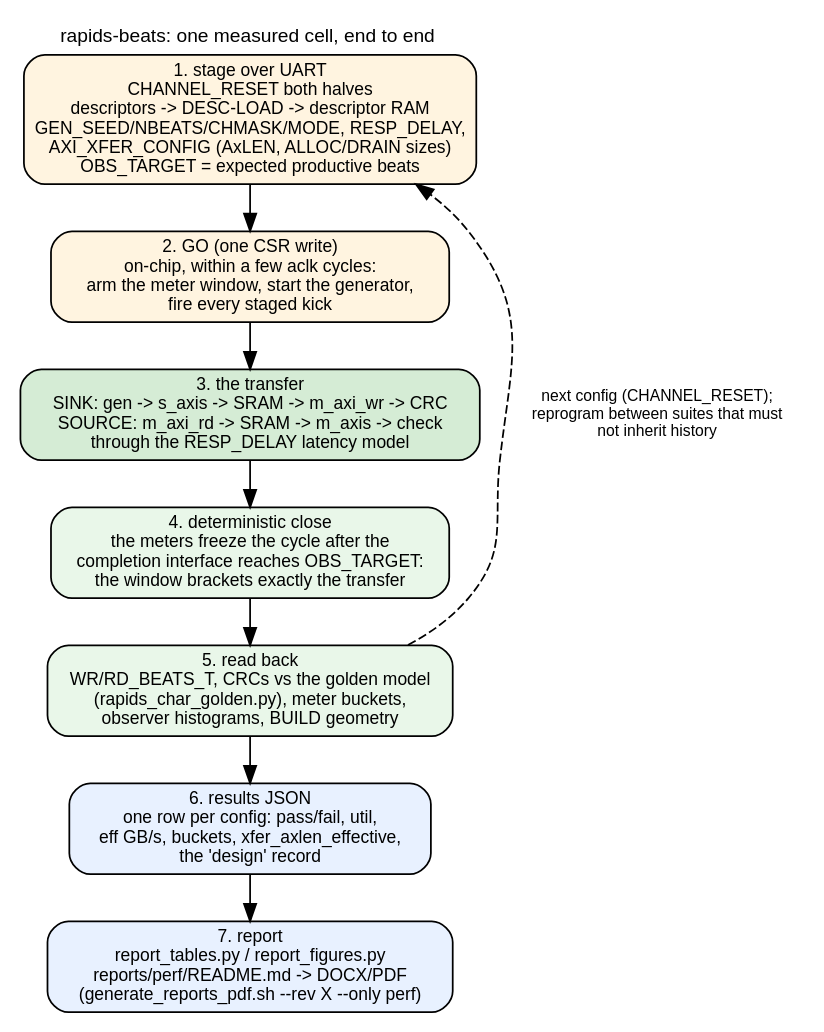
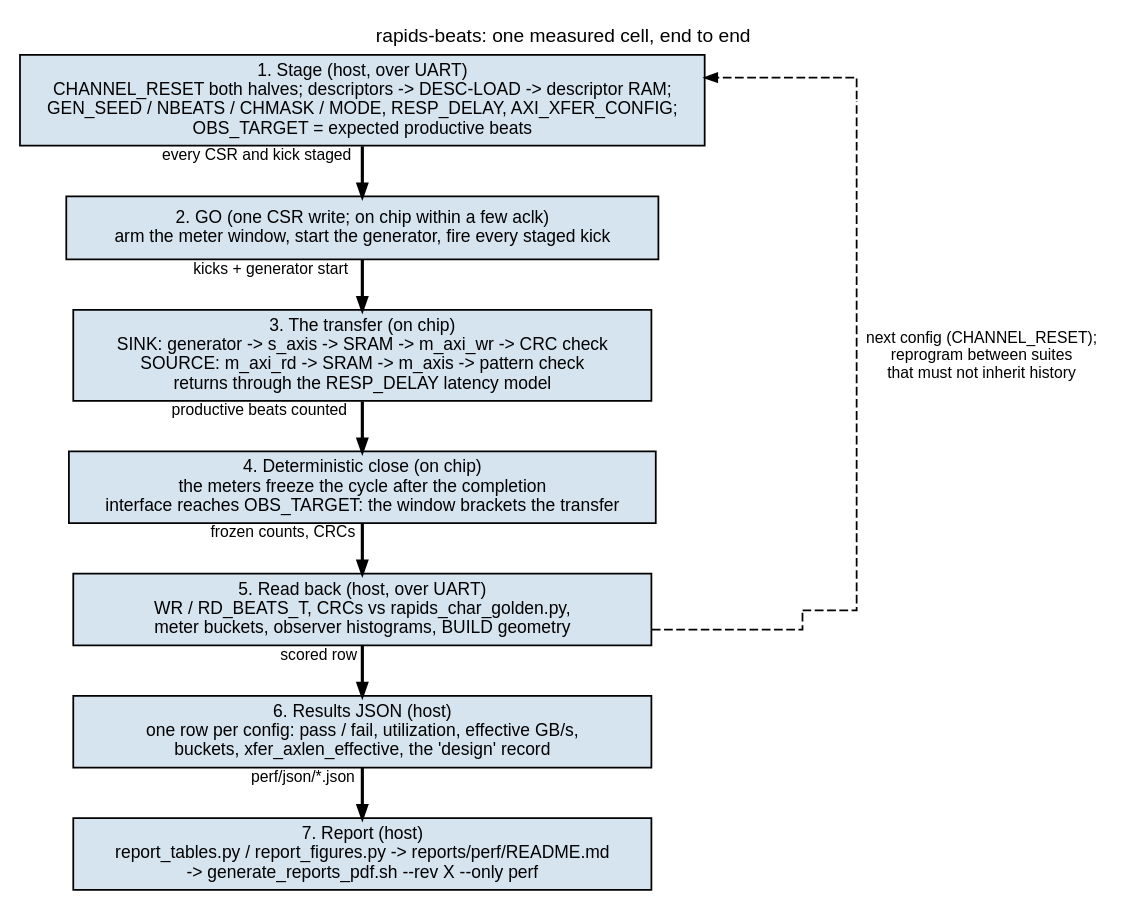
One commit to sean-galloway/RTLDesignSherpa changed the diagram in projects/fpga-systems/Genesys2/dma-ip/rapids_beats/docs/rapids_fpga_system/assets/graphviz/04_measurement_path.dot. Above: the diagram before and after it, drawn with Graphviz. The commit also changed 166 other files, not shown here.

```diff
--- a/projects/fpga-systems/Genesys2/dma-ip/rapids_beats/docs/rapids_fpga_system/assets/graphviz/04_measurement_path.dot
+++ b/projects/fpga-systems/Genesys2/dma-ip/rapids_beats/docs/rapids_fpga_system/assets/graphviz/04_measurement_path.dot
@@ -1,18 +1,41 @@
-// From a host command to a number in the report: the measurement path.
+// Figure 4.1 -- one measured cell, end to end. A process flow in the house
+// vocabulary (vault/handbook/authoring/block-diagrams.md): steps top-down in
+// one center column, every arrow labeled with what crosses it, the per-config
+// loop climbing the right edge dashed. Each step says where it runs (host or
+// on chip); color carries no meaning.
+// Sources: host/run_characterization.py, rtl/rapids_char_harness.sv
+// (CSR_GO, CSR_OBS_TARGET, obs_meter_freeze).
 digraph measurement_path {
-    graph [rankdir=TB, fontname="Helvetica", fontsize=11, nodesep=0.3, ranksep=0.35,
-           label="rapids-beats: one measured cell, end to end", labelloc=t, labeljust=l];
-    node  [fontname="Helvetica", fontsize=10, shape=box, style="rounded,filled", fillcolor="#f4f4f4"];
-    edge  [fontname="Helvetica", fontsize=9];
+    graph [rankdir=TB, bgcolor="white", fontname="Helvetica", fontsize=11,
+           nodesep="0.40", ranksep="0.40", splines=ortho, newrank=true,
+           label="rapids-beats: one measured cell, end to end", labelloc=t];
+    node  [fontname="Helvetica", fontsize=10, shape=box, style=filled,
+           fillcolor="#D6E4F0", color="black", margin="0.12,0.06", width=4.6];
+    edge  [fontname="Helvetica", fontsize=9, color="black", arrowsize=0.7];
 
-    stage [label="1. stage over UART\nCHANNEL_RESET both halves\ndescriptors -> DESC-LOAD -> descriptor RAM\nGEN_SEED/NBEATS/CHMASK/MODE, RESP_DELAY,\nAXI_XFER_CONFIG (AxLEN, ALLOC/DRAIN sizes)\nOBS_TARGET = expected productive beats", fillcolor="#fff4e0"];
-    go [label="2. GO (one CSR write)\non-chip, within a few aclk cycles:\narm the meter window, start the generator,\nfire every staged kick", fillcolor="#fff4e0"];
-    run [label="3. the transfer\nSINK: gen -> s_axis -> SRAM -> m_axi_wr -> CRC\nSOURCE: m_axi_rd -> SRAM -> m_axis -> check\nthrough the RESP_DELAY latency model", fillcolor="#d5ecd5"];
-    freeze [label="4. deterministic close\nthe meters freeze the cycle after the\ncompletion interface reaches OBS_TARGET:\nthe window brackets exactly the transfer", fillcolor="#e9f7e9"];
-    read [label="5. read back\nWR/RD_BEATS_T, CRCs vs the golden model\n(rapids_char_golden.py), meter buckets,\nobserver histograms, BUILD geometry", fillcolor="#e9f7e9"];
-    json [label="6. results JSON\none row per config: pass/fail, util,\neff GB/s, buckets, xfer_axlen_effective,\nthe 'design' record", fillcolor="#e8f1ff"];
-    report [label="7. report\nreport_tables.py / report_figures.py\nreports/perf/README.md -> DOCX/PDF\n(generate_reports_pdf.sh --rev X --only perf)", fillcolor="#e8f1ff"];
+    stage  [group=C, label="1. Stage (host, over UART)\nCHANNEL_RESET both halves; descriptors -> DESC-LOAD -> descriptor RAM;\nGEN_SEED / NBEATS / CHMASK / MODE, RESP_DELAY, AXI_XFER_CONFIG;\nOBS_TARGET = expected productive beats"];
+    go     [group=C, label="2. GO (one CSR write; on chip within a few aclk)\narm the meter window, start the generator, fire every staged kick"];
+    run    [group=C, label="3. The transfer (on chip)\nSINK: generator -> s_axis -> SRAM -> m_axi_wr -> CRC check\nSOURCE: m_axi_rd -> SRAM -> m_axis -> pattern check\nreturns through the RESP_DELAY latency model"];
+    freeze [group=C, label="4. Deterministic close (on chip)\nthe meters freeze the cycle after the completion\ninterface reaches OBS_TARGET: the window brackets the transfer"];
+    read   [group=C, label="5. Read back (host, over UART)\nWR / RD_BEATS_T, CRCs vs rapids_char_golden.py,\nmeter buckets, observer histograms, BUILD geometry"];
+    json   [group=C, label="6. Results JSON (host)\none row per config: pass / fail, utilization, effective GB/s,\nbuckets, xfer_axlen_effective, the 'design' record"];
+    report [group=C, label="7. Report (host)\nreport_tables.py / report_figures.py -> reports/perf/README.md\n-> generate_reports_pdf.sh --rev X --only perf"];
 
-    stage -> go -> run -> freeze -> read -> json -> report;
-    read -> stage [label="next config (CHANNEL_RESET);\nreprogram between suites that must\nnot inherit history", style=dashed, constraint=false];
+    pl [shape=point, style=invis, width=0.01, label=""];
+    pt [shape=point, style=invis, width=0.01, label=""];
+    { rank=same; read; pl; }
+    { rank=same; stage; pt; }
+    read -> pl [style=invis, minlen=3];
+    stage -> pt [style=invis, minlen=3];
+
+    stage  -> go     [penwidth=1.8, xlabel="every CSR and kick staged"];
+    go     -> run    [penwidth=1.8, xlabel="kicks + generator start"];
+    run    -> freeze [penwidth=1.8, xlabel="productive beats counted"];
+    freeze -> read   [penwidth=1.8, xlabel="frozen counts, CRCs"];
+    read   -> json   [penwidth=1.8, xlabel="scored row"];
+    json   -> report [penwidth=1.8, xlabel="perf/json/*.json"];
+
+    read -> pl [style=dashed, dir=none];
+    pl   -> pt [style=dashed, dir=none, xlabel="next config (CHANNEL_RESET);\nreprogram between suites\nthat must not inherit history"];
+    pt   -> stage [style=dashed];
 }
```
